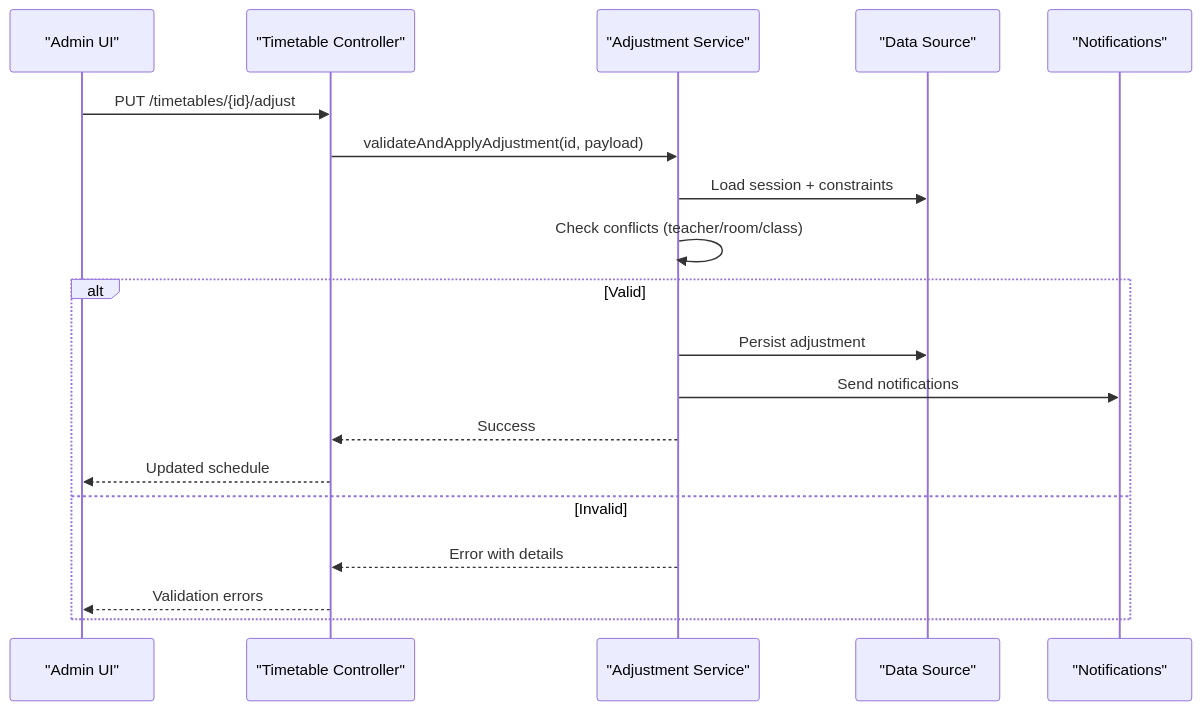
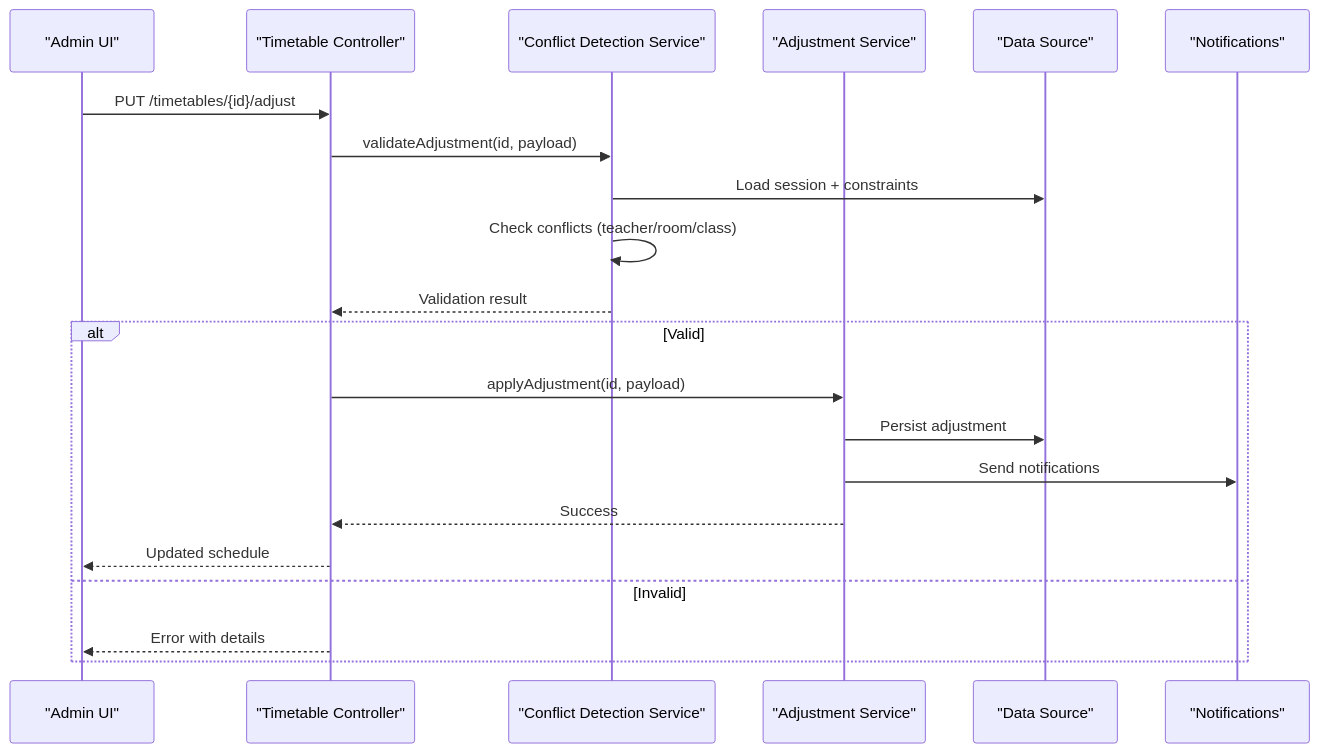
One commit to franckylab/eLISAschool changed the sixth of 11 diagrams in .qoder/repowiki/en/content/Academic Management System/Class & Schedule Management/Timetable Creation & Scheduling.md. Above: the diagram before and after it, drawn with Mermaid. The commit also changed other lines of this file and 455 other files, not shown here.

````diff
--- a/.qoder/repowiki/en/content/Academic Management System/Class & Schedule Management/Timetable Creation & Scheduling.md
+++ b/.qoder/repowiki/en/content/Academic Management System/Class & Schedule Management/Timetable Creation & Scheduling.md
@@ -309,21 +444,23 @@
 ```mermaid
 sequenceDiagram
 participant Admin as "Admin UI"
 participant API as "Timetable Controller"
+participant ConflictSvc as "Conflict Detection Service"
 participant Svc as "Adjustment Service"
 participant DB as "Data Source"
 participant Notif as "Notifications"
 Admin->>API : PUT /timetables/{id}/adjust
-API->>Svc : validateAndApplyAdjustment(id, payload)
-Svc->>DB : Load session + constraints
-Svc->>Svc : Check conflicts (teacher/room/class)
+API->>ConflictSvc : validateAdjustment(id, payload)
+ConflictSvc->>DB : Load session + constraints
+ConflictSvc->>ConflictSvc : Check conflicts (teacher/room/class)
+ConflictSvc-->>API : Validation result
 alt Valid
+API->>Svc : applyAdjustment(id, payload)
 Svc->>DB : Persist adjustment
 Svc->>Notif : Send notifications
 Svc-->>API : Success
 API-->>Admin : Updated schedule
 else Invalid
-Svc-->>API : Error with details
-API-->>Admin : Validation errors
+API-->>Admin : Error with details
 end
 ```
````
